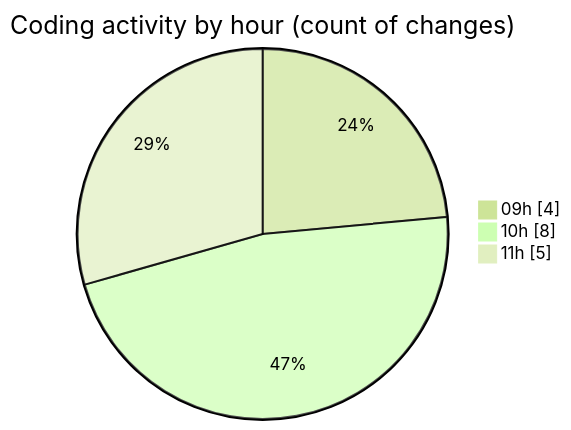
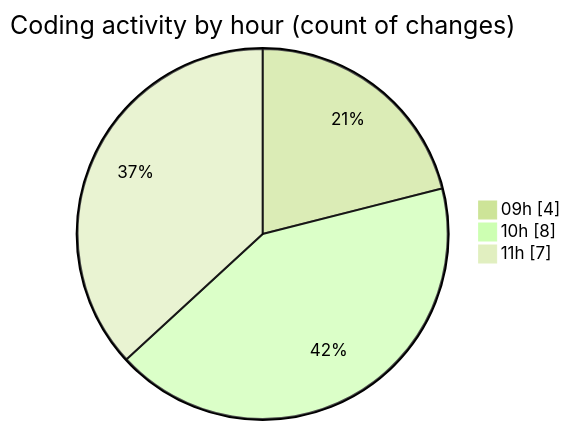
The second of 2 diagrams in 2026-08-03/cda/README.md (momahboobian/code-tracking), drawn with Mermaid (forest theme) before and after one commit. The commit also changed other lines of this file and 1 other file, not shown here.

````diff
--- a/2026-08-03/cda/README.md
+++ b/2026-08-03/cda/README.md
@@ -37,7 +39,7 @@
 ```mermaid
 pie showData
 title Coding activity by hour (count of changes)
 "09h" : 4
 "10h" : 8
-"11h" : 5
+"11h" : 7
 ```
````
